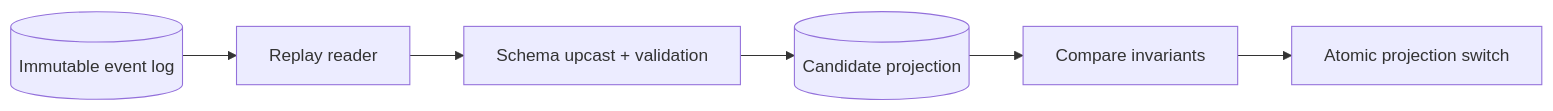
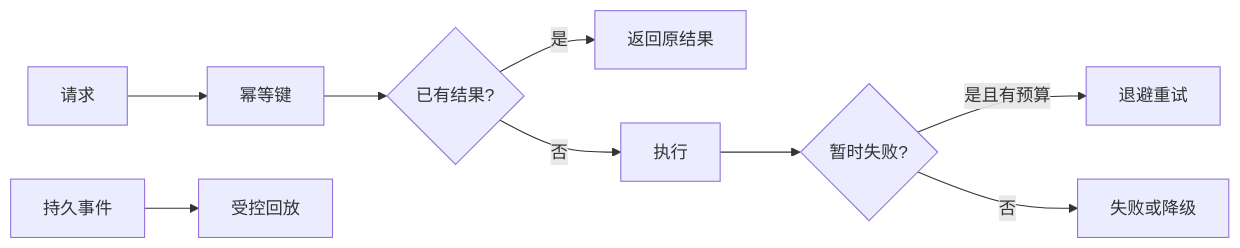
Before and after one commit to upJiang/jiang-blog-vitepress: the diagram in docs/architecture/reliability-patterns.md, drawn with Mermaid. The commit also changed other lines of this file and 164 other files, not shown here.

````diff
--- a/docs/architecture/reliability-patterns.md
+++ b/docs/architecture/reliability-patterns.md
@@ -91,8 +29,11 @@
 ```mermaid
 flowchart LR
-  E[(Immutable event log)] --> R[Replay reader]
-  R --> V[Schema upcast + validation]
-  V --> P[(Candidate projection)]
-  P --> C[Compare invariants]
-  C --> A[Atomic projection switch]
+  R[请求] --> I[幂等键]
+  I --> C{已有结果?}
+  C -->|是| O[返回原结果]
+  C -->|否| X[执行]
+  X --> F{暂时失败?}
+  F -->|是且有预算| T[退避重试]
+  F -->|否| D[失败或降级]
+  E[持久事件] --> P[受控回放]
 ```
````
